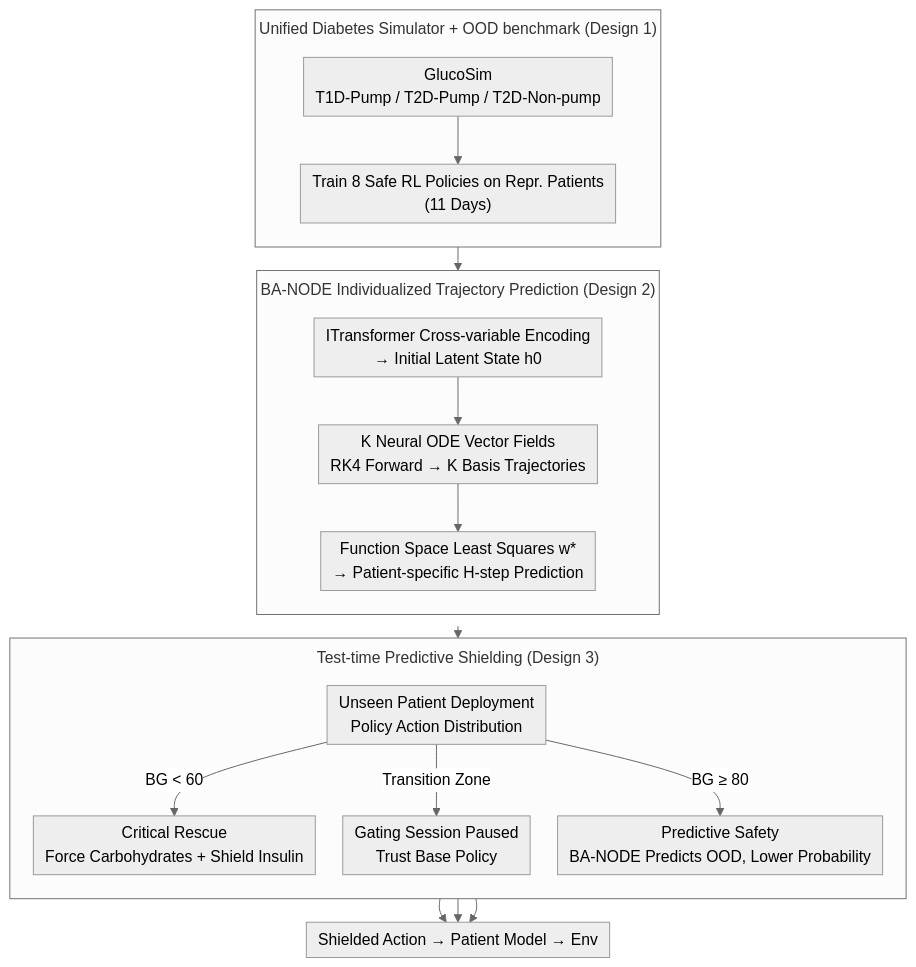
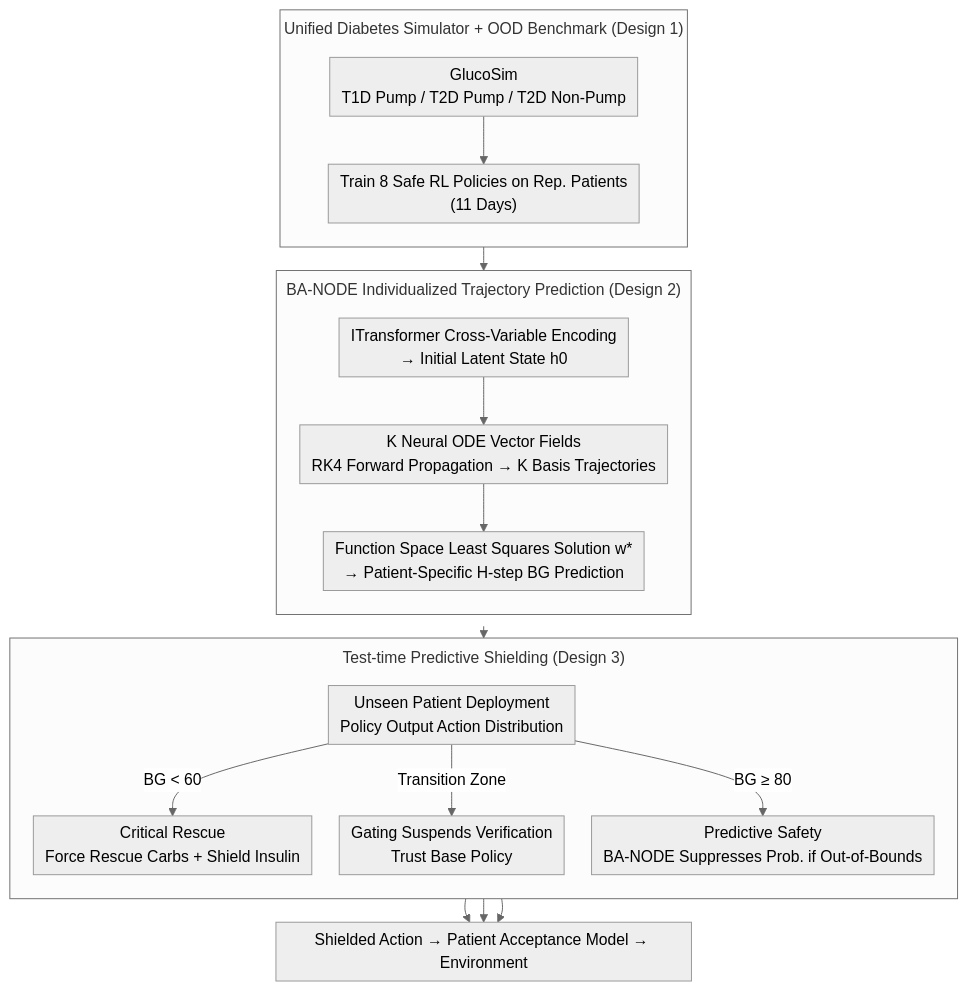
One commit to zhaoyang97/Paper-Notes-en changed the diagram in docs/ICML2026/reinforcement_learning/safety_generalization_under_distribution_shift_in_safe_reinforcement_learning_a_.md. Above: the diagram before and after it, drawn with Mermaid (neutral theme). The commit also changed other lines of this file and 5084 other files, not shown here.

````diff
--- a/docs/ICML2026/reinforcement_learning/safety_generalization_under_distribution_shift_in_safe_reinforcement_learning_a_.md
+++ b/docs/ICML2026/reinforcement_learning/safety_generalization_under_distribution_shift_in_safe_reinforcement_learning_a_.md
@@ -42,24 +42,24 @@
 ```mermaid
 %%{init: {'flowchart': {'rankSpacing': 24, 'nodeSpacing': 28, 'padding': 6, 'wrappingWidth': 400, 'subGraphTitleMargin': {'top': 8, 'bottom': 16}}}}%%
 flowchart TD
-    subgraph SIM["Unified Diabetes Simulator + OOD benchmark (Design 1)"]
+    subgraph SIM["Unified Diabetes Simulator + OOD Benchmark (Design 1)"]
         direction TB
-        A["GlucoSim<br/>T1D-Pump / T2D-Pump / T2D-Non-pump"] --> B["Train 8 Safe RL Policies on Repr. Patients<br/>(11 Days)"]
+        A["GlucoSim<br/>T1D Pump / T2D Pump / T2D Non-Pump"] --> B["Train 8 Safe RL Policies on Rep. Patients<br/>(11 Days)"]
     end
     SIM --> C
     subgraph NODE["BA-NODE Individualized Trajectory Prediction (Design 2)"]
         direction TB
-        C["ITransformer Cross-variable Encoding<br/>→ Initial Latent State h0"] --> D["K Neural ODE Vector Fields<br/>RK4 Forward → K Basis Trajectories"]
-        D --> E["Function Space Least Squares w*<br/>→ Patient-specific H-step Prediction"]
+        C["ITransformer Cross-Variable Encoding<br/>→ Initial Latent State h0"] --> D["K Neural ODE Vector Fields<br/>RK4 Forward Propagation → K Basis Trajectories"]
+        D --> E["Function Space Least Squares Solution w*<br/>→ Patient-Specific H-step BG Prediction"]
     end
     NODE --> F
     subgraph SHIELD["Test-time Predictive Shielding (Design 3)"]
         direction TB
-        F["Unseen Patient Deployment<br/>Policy Action Distribution"] -->|"BG < 60"| G["Critical Rescue<br/>Force Carbohydrates + Shield Insulin"]
-        F -->|"Transition Zone"| H["Gating Session Paused<br/>Trust Base Policy"]
-        F -->|"BG ≥ 80"| I["Predictive Safety<br/>BA-NODE Predicts OOD, Lower Probability"]
+        F["Unseen Patient Deployment<br/>Policy Output Action Distribution"] -->|"BG < 60"| G["Critical Rescue<br/>Force Rescue Carbs + Shield Insulin"]
+        F -->|"Transition Zone"| H["Gating Suspends Verification<br/>Trust Base Policy"]
+        F -->|"BG ≥ 80"| I["Predictive Safety<br/>BA-NODE Suppresses Prob. if Out-of-Bounds"]
     end
-    G --> J["Shielded Action → Patient Model → Env"]
+    G --> J["Shielded Action → Patient Acceptance Model → Environment"]
     H --> J
     I --> J
 ```
````
